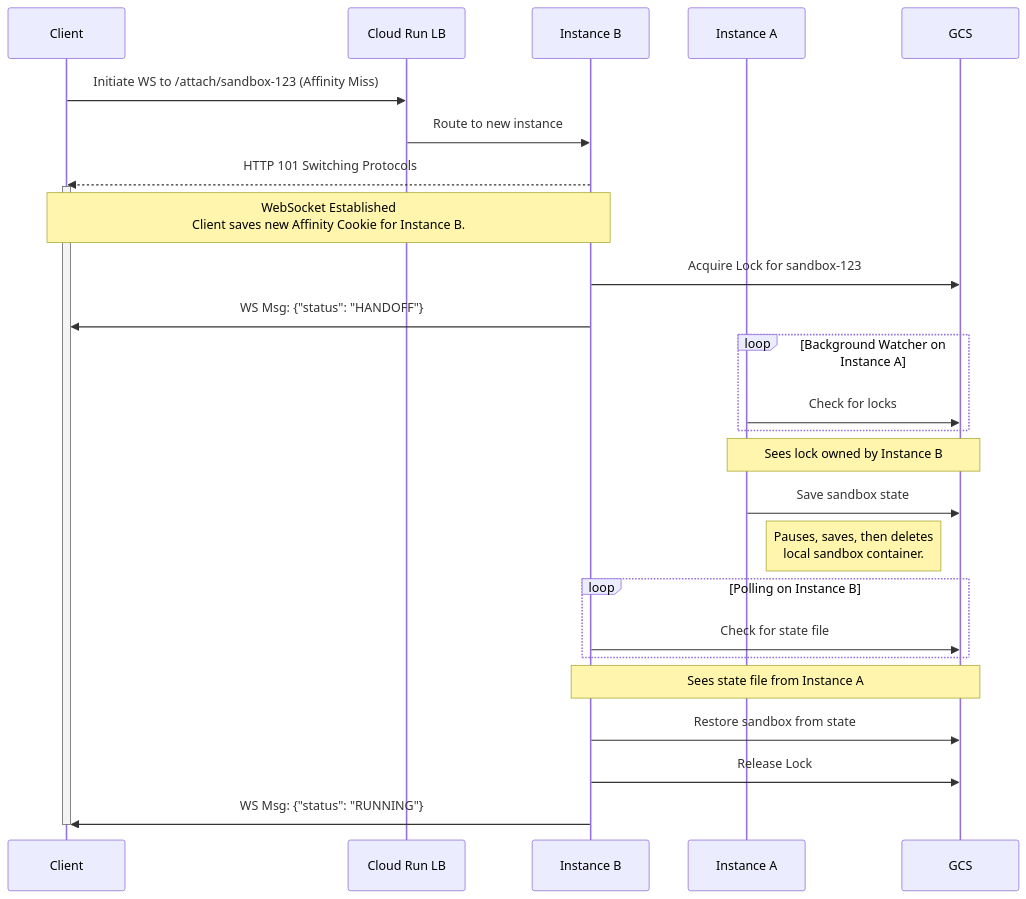
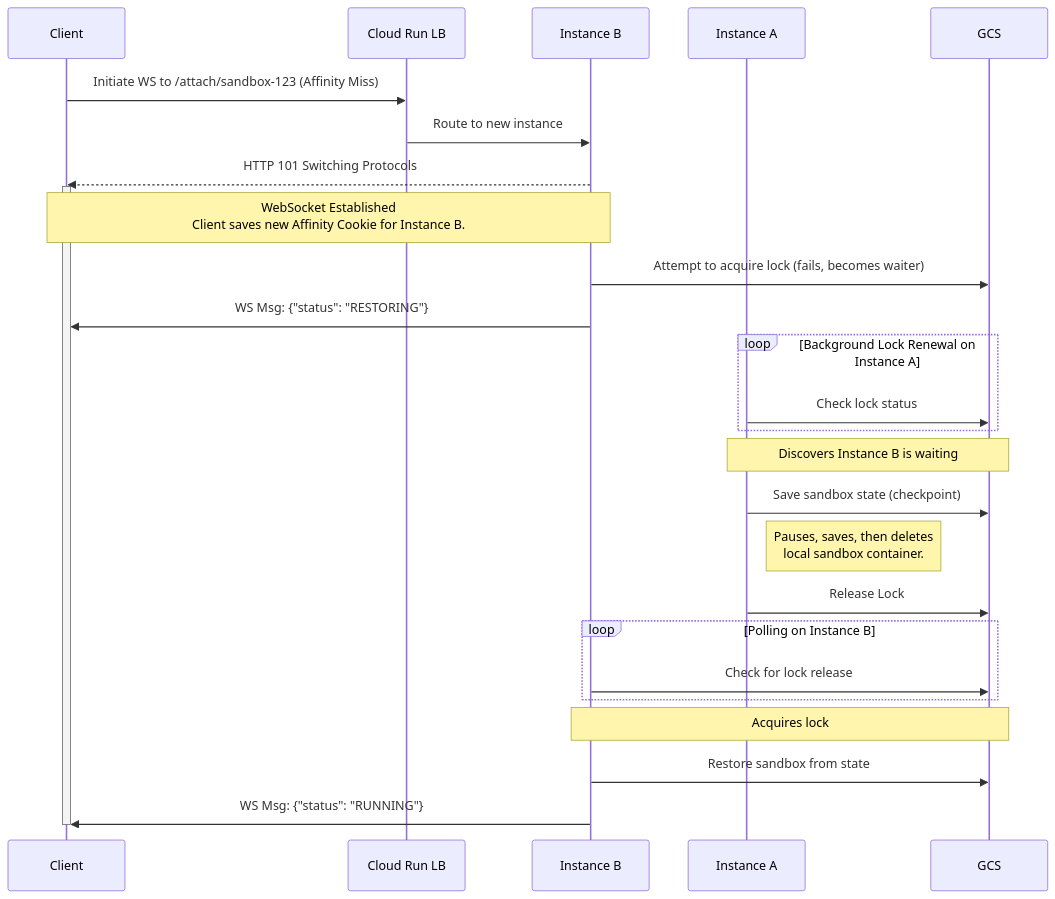
One commit to wlhee/cloud-run-sandbox changed the fifth of 5 diagrams in docs/lifecycle.md. Above: the diagram before and after it, drawn with Mermaid. The commit also changed other lines of this file, not shown here.

````diff
--- a/docs/lifecycle.md
+++ b/docs/lifecycle.md
@@ -230,35 +230,34 @@
 ```mermaid
 sequenceDiagram
     participant Client
     participant Cloud Run LB
     participant Instance B
     participant Instance A
     participant GCS
 
     Client->>Cloud Run LB: Initiate WS to /attach/sandbox-123 (Affinity Miss)
     Cloud Run LB->>Instance B: Route to new instance
     Instance B-->>Client: HTTP 101 Switching Protocols
     activate Client
     Note over Client, Instance B: WebSocket Established<br/>Client saves new Affinity Cookie for Instance B.
-    Instance B->>GCS: Acquire Lock for sandbox-123
-    Instance B->>Client: WS Msg: {"status": "HANDOFF"}
+    Instance B->>GCS: Attempt to acquire lock (fails, becomes waiter)
+    Instance B->>Client: WS Msg: {"status": "RESTORING"}
 
-    loop Background Watcher on Instance A
-        Instance A->>GCS: Check for locks
+    loop Background Lock Renewal on Instance A
+        Instance A->>GCS: Check lock status
     end
-    Note over Instance A, GCS: Sees lock owned by Instance B
+    Note over Instance A, GCS: Discovers Instance B is waiting
 
-    Instance A->>GCS: Save sandbox state
+    Instance A->>GCS: Save sandbox state (checkpoint)
     Note right of Instance A: Pauses, saves, then deletes<br/>local sandbox container.
+    Instance A->>GCS: Release Lock
 
     loop Polling on Instance B
-        Instance B->>GCS: Check for state file
+        Instance B->>GCS: Check for lock release
     end
-    Note over Instance B, GCS: Sees state file from Instance A
+    Note over Instance B, GCS: Acquires lock
 
     Instance B->>GCS: Restore sandbox from state
-    Instance B->>GCS: Release Lock
-
     Instance B->>Client: WS Msg: {"status": "RUNNING"}
     deactivate Client
 ```
````
